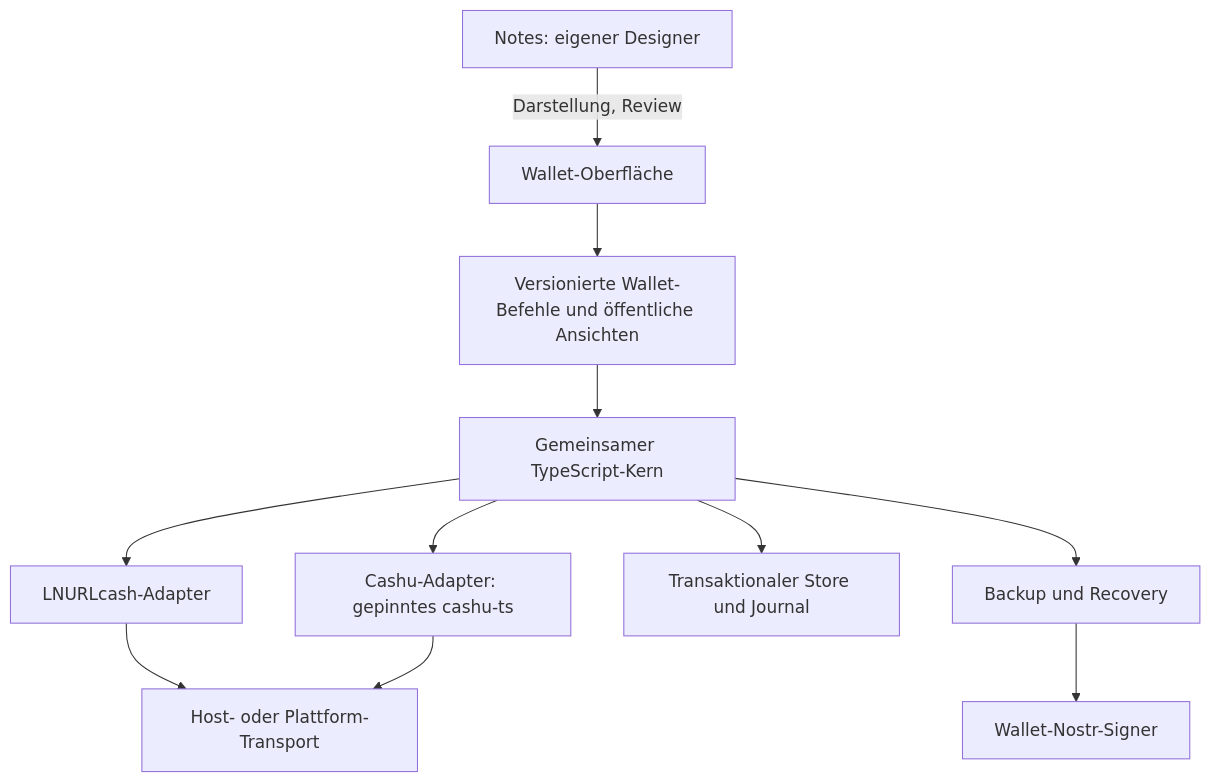
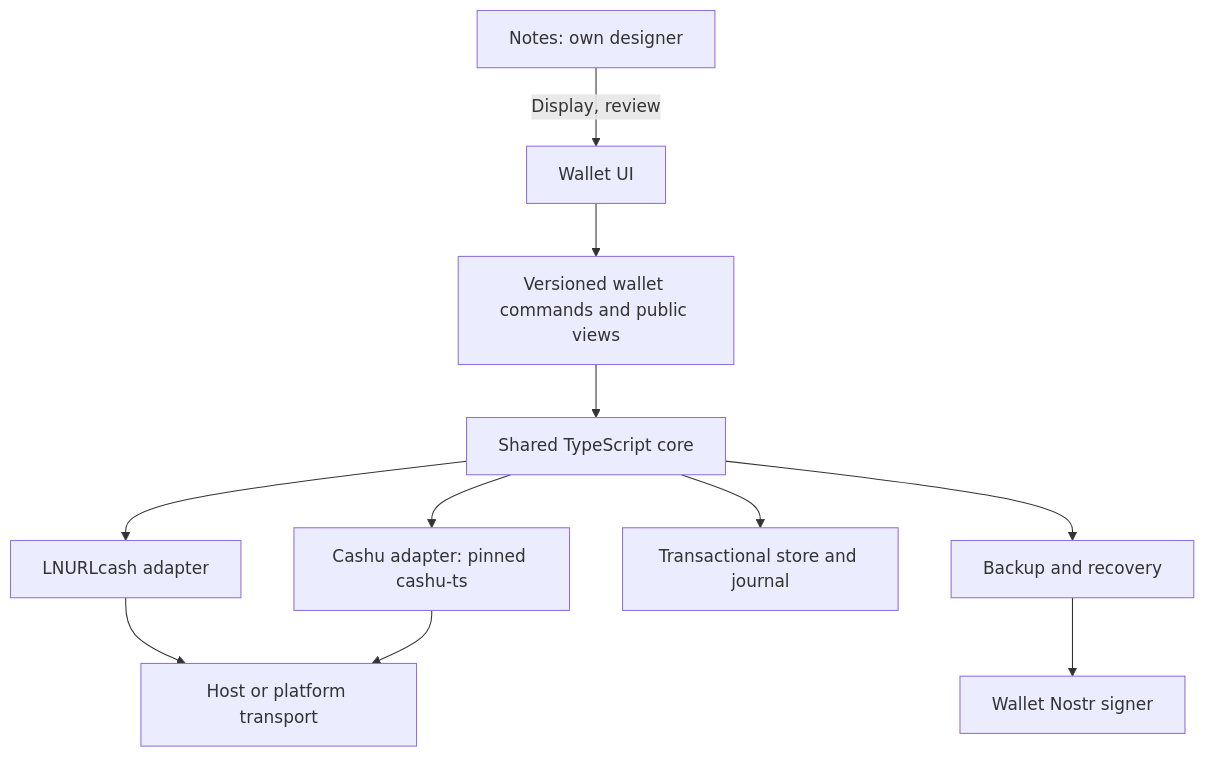
One commit to BIMbeamFLX/bearlett changed the diagram in docs/ARCHITECTURE-2026-09-09.md. Above: the diagram before and after it, drawn with Mermaid. The commit also changed other lines of this file and 14 other files, not shown here.

````diff
--- a/docs/ARCHITECTURE-2026-09-09.md
+++ b/docs/ARCHITECTURE-2026-09-09.md
@@ -22,13 +22,13 @@
 ```mermaid
 flowchart TB
-  Notes[Notes: eigener Designer] -->|Darstellung, Review| UI[Wallet-Oberfläche]
-  UI --> API[Versionierte Wallet-Befehle und öffentliche Ansichten]
-  API --> Core[Gemeinsamer TypeScript-Kern]
-  Core --> LN[LNURLcash-Adapter]
-  Core --> Cashu[Cashu-Adapter: gepinntes cashu-ts]
-  Core --> Store[Transaktionaler Store und Journal]
-  Core --> Backup[Backup und Recovery]
-  Backup --> Signer[Wallet-Nostr-Signer]
-  LN --> Transport[Host- oder Plattform-Transport]
+  Notes[Notes: own designer] -->|Display, review| UI[Wallet UI]
+  UI --> API[Versioned wallet commands and public views]
+  API --> Core[Shared TypeScript core]
+  Core --> LN[LNURLcash adapter]
+  Core --> Cashu[Cashu adapter: pinned cashu-ts]
+  Core --> Store[Transactional store and journal]
+  Core --> Backup[Backup and recovery]
+  Backup --> Signer[Wallet Nostr signer]
+  LN --> Transport[Host or platform transport]
   Cashu --> Transport
 ```
````
